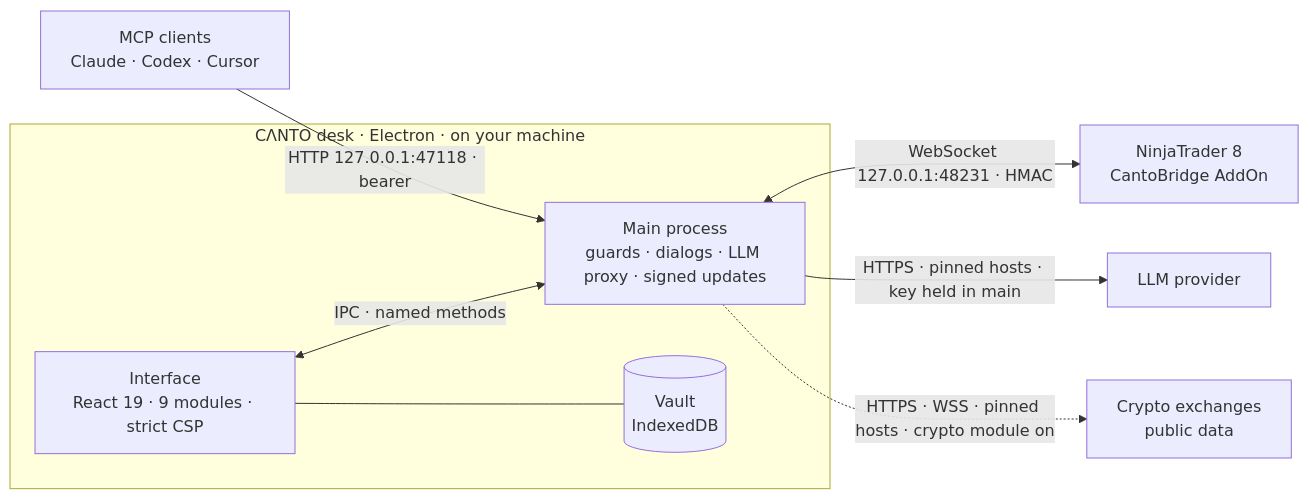
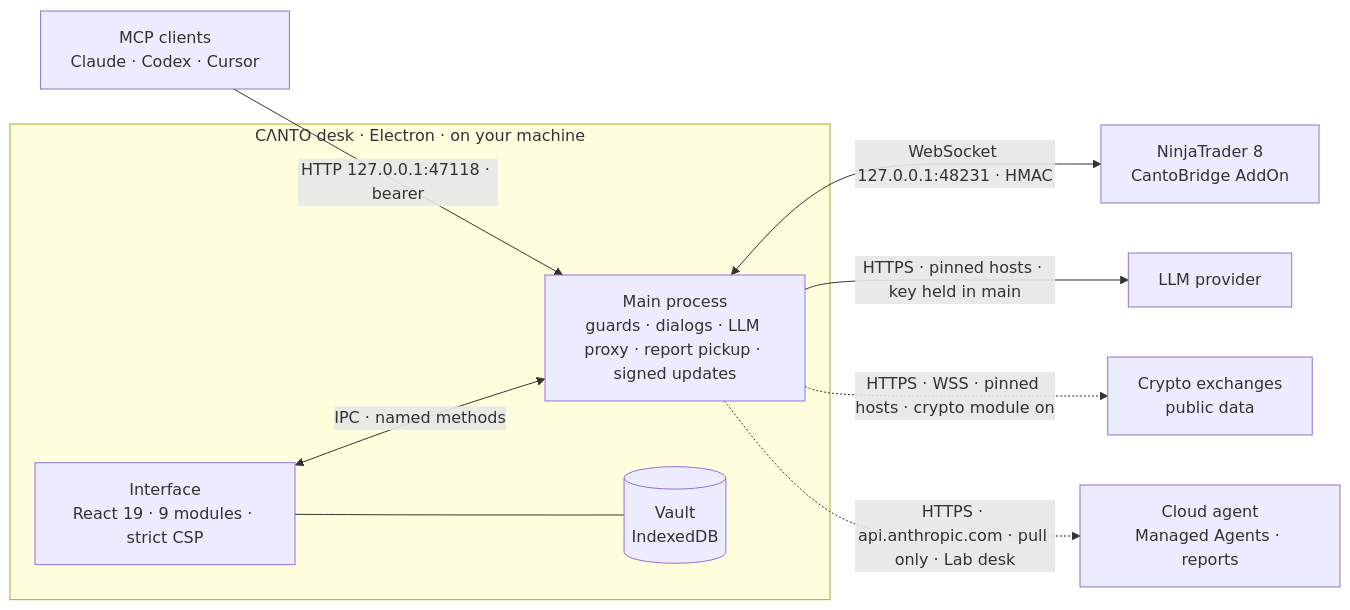
Before and after one commit to 0xSrk/C-NTO: the second of 2 diagrams in README.md, drawn with Mermaid. The commit also changed other lines of this file and 17 other files, not shown here.

Commit message:
R3.7c mettre le README et ses plaques à jour du desk 3.7 : système 4.0, onglet Agent IA, rapports du Lab

````diff
--- a/README.md
+++ b/README.md
@@ -651,11 +685,12 @@
 ```mermaid
 flowchart LR
     X["MCP clients<br/>Claude · Codex · Cursor"] -->|"HTTP 127.0.0.1:47118 · bearer"| M
     subgraph DESK["CΛNTO desk · Electron · on your machine"]
-        R["Interface<br/>React 19 · 9 modules · strict CSP"] <-->|"IPC · named methods"| M["Main process<br/>guards · dialogs · LLM proxy · signed updates"]
+        R["Interface<br/>React 19 · 9 modules · strict CSP"] <-->|"IPC · named methods"| M["Main process<br/>guards · dialogs · LLM proxy · report pickup · signed updates"]
         R --- V[("Vault<br/>IndexedDB")]
     end
     M <-->|"WebSocket 127.0.0.1:48231 · HMAC"| NT["NinjaTrader 8<br/>CantoBridge AddOn"]
     M -->|"HTTPS · pinned hosts · key held in main"| P["LLM provider"]
     M -.->|"HTTPS · WSS · pinned hosts · crypto module on"| CX["Crypto exchanges<br/>public data"]
+    M -.->|"HTTPS · api.anthropic.com · pull only · Lab desk"| CA["Cloud agent<br/>Managed Agents · reports"]
 ```
````
